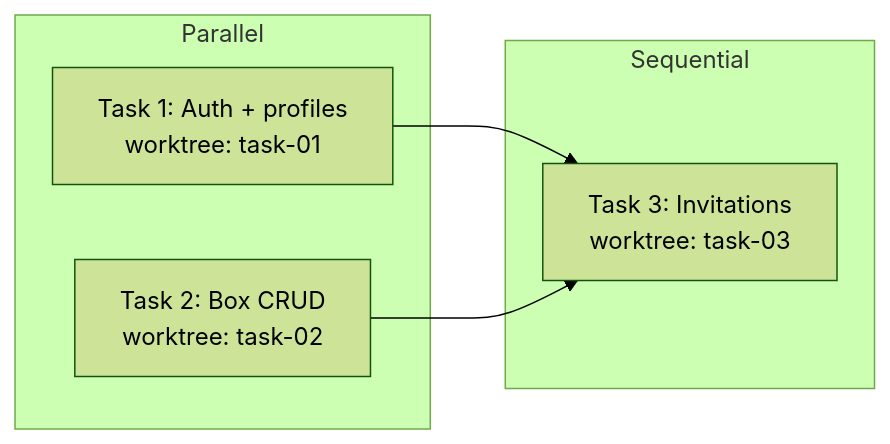
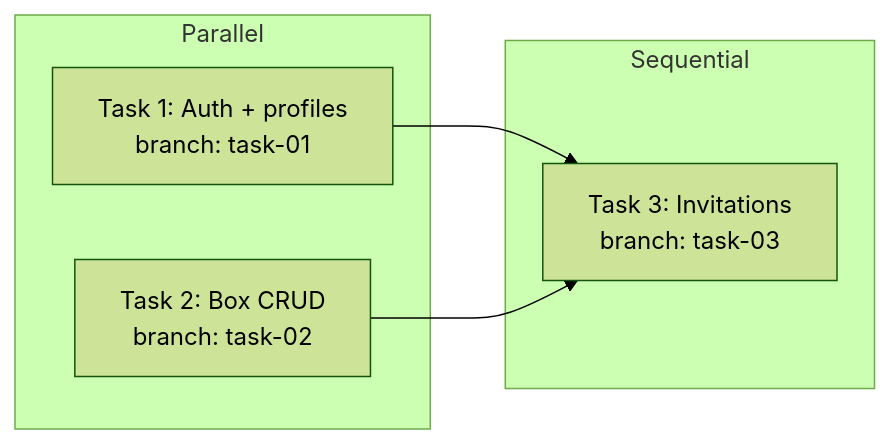
Before and after one commit to dfrysinger/qrspi-plus: the ninth of 20 diagrams in README.md, drawn with Mermaid (forest theme). The commit also changed other lines of this file and 6 other files, not shown here.

````diff
--- a/README.md
+++ b/README.md
@@ -204,12 +199,12 @@
 ```mermaid
 flowchart LR
     subgraph parallel1["Parallel"]
-        T1[Task 1: Auth + profiles<br>worktree: task-01]
-        T2[Task 2: Box CRUD<br>worktree: task-02]
+        T1[Task 1: Auth + profiles<br>branch: task-01]
+        T2[Task 2: Box CRUD<br>branch: task-02]
     end
     subgraph sequential["Sequential"]
-        T3[Task 3: Invitations<br>worktree: task-03]
+        T3[Task 3: Invitations<br>branch: task-03]
     end
     T1 --> T3
     T2 --> T3
 ```
````
